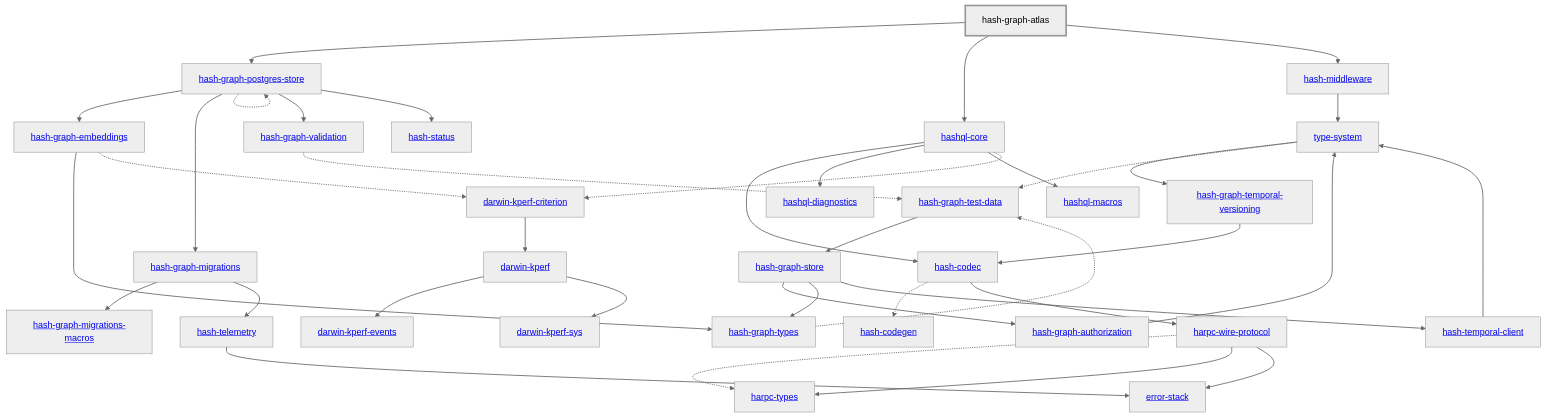
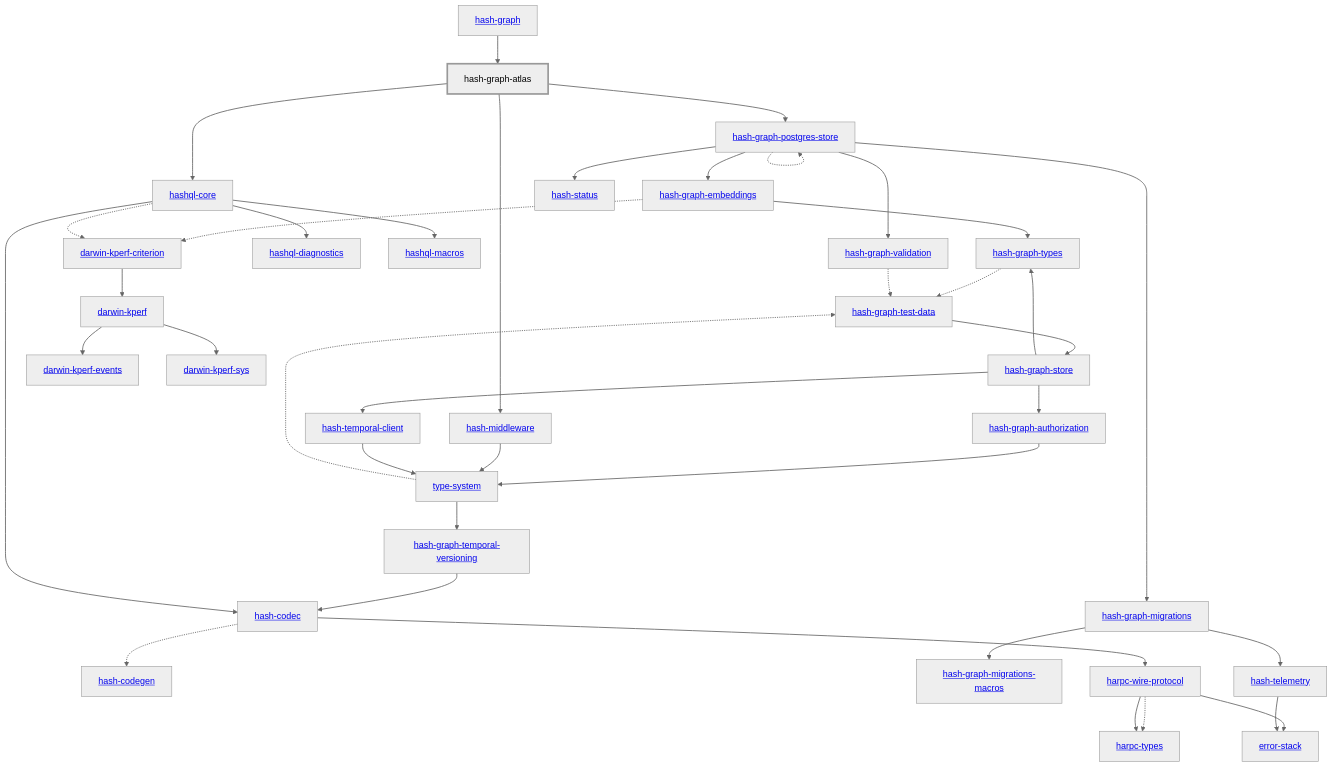
The diagram in libs/@local/graph/atlas/docs/dependency-diagram.mmd (hashintel/hash), drawn with Mermaid (neutral theme) before and after one commit. The commit also changed 40 other files, not shown here.

```diff
--- a/libs/@local/graph/atlas/docs/dependency-diagram.mmd
+++ b/libs/@local/graph/atlas/docs/dependency-diagram.mmd
@@ -1,76 +1,78 @@
 graph TD
     linkStyle default stroke-width:1.5px
     classDef default stroke-width:1px
     classDef root stroke-width:3px
     classDef dev stroke-width:1px
     classDef build stroke-width:1px
     %% Legend
     %% --> : Normal dependency
     %% -.-> : Dev dependency
     %% ---> : Build dependency
-    0[<a href="../type_system/index.html">type-system</a>]
-    1[<a href="../hash_codec/index.html">hash-codec</a>]
-    2[<a href="../hash_codegen/index.html">hash-codegen</a>]
-    3[hash-graph-atlas]
-    class 3 root
-    4[<a href="../hash_graph_authorization/index.html">hash-graph-authorization</a>]
-    5[<a href="../hash_graph_embeddings/index.html">hash-graph-embeddings</a>]
-    6[<a href="../hash_graph_migrations/index.html">hash-graph-migrations</a>]
-    7[<a href="../hash_graph_migrations_macros/index.html">hash-graph-migrations-macros</a>]
-    8[<a href="../hash_graph_postgres_store/index.html">hash-graph-postgres-store</a>]
-    9[<a href="../hash_graph_store/index.html">hash-graph-store</a>]
-    10[<a href="../hash_graph_temporal_versioning/index.html">hash-graph-temporal-versioning</a>]
-    11[<a href="../hash_graph_types/index.html">hash-graph-types</a>]
-    12[<a href="../hash_graph_validation/index.html">hash-graph-validation</a>]
-    13[<a href="../harpc_types/index.html">harpc-types</a>]
-    14[<a href="../harpc_wire_protocol/index.html">harpc-wire-protocol</a>]
-    15[<a href="../hashql_core/index.html">hashql-core</a>]
-    16[<a href="../hashql_diagnostics/index.html">hashql-diagnostics</a>]
-    17[<a href="../hashql_macros/index.html">hashql-macros</a>]
-    18[<a href="../hash_middleware/index.html">hash-middleware</a>]
-    19[<a href="../hash_status/index.html">hash-status</a>]
-    20[<a href="../hash_telemetry/index.html">hash-telemetry</a>]
-    21[<a href="../hash_temporal_client/index.html">hash-temporal-client</a>]
-    22[<a href="../darwin_kperf/index.html">darwin-kperf</a>]
-    23[<a href="../darwin_kperf_criterion/index.html">darwin-kperf-criterion</a>]
-    24[<a href="../darwin_kperf_events/index.html">darwin-kperf-events</a>]
-    25[<a href="../darwin_kperf_sys/index.html">darwin-kperf-sys</a>]
-    26[<a href="../error_stack/index.html">error-stack</a>]
-    27[<a href="../hash_graph_test_data/index.html">hash-graph-test-data</a>]
-    0 --> 10
-    0 -.-> 27
-    1 -.-> 2
-    1 --> 14
-    3 --> 8
-    3 --> 15
-    3 --> 18
-    4 --> 0
-    5 --> 11
-    5 -.-> 23
-    6 --> 7
-    6 --> 20
-    8 --> 5
-    8 --> 6
-    8 -.-> 8
-    8 --> 12
-    8 --> 19
-    9 --> 4
-    9 --> 11
-    9 --> 21
-    10 --> 1
-    11 -.-> 27
-    12 -.-> 27
-    14 -.-> 13
-    14 --> 13
-    14 --> 26
-    15 --> 1
-    15 --> 16
-    15 --> 17
-    15 -.-> 23
-    18 --> 0
-    20 --> 26
-    21 --> 0
-    22 --> 24
-    22 --> 25
-    23 --> 22
-    27 --> 9
+    0[<a href="../hash_graph/index.html">hash-graph</a>]
+    1[<a href="../type_system/index.html">type-system</a>]
+    2[<a href="../hash_codec/index.html">hash-codec</a>]
+    3[<a href="../hash_codegen/index.html">hash-codegen</a>]
+    4[hash-graph-atlas]
+    class 4 root
+    5[<a href="../hash_graph_authorization/index.html">hash-graph-authorization</a>]
+    6[<a href="../hash_graph_embeddings/index.html">hash-graph-embeddings</a>]
+    7[<a href="../hash_graph_migrations/index.html">hash-graph-migrations</a>]
+    8[<a href="../hash_graph_migrations_macros/index.html">hash-graph-migrations-macros</a>]
+    9[<a href="../hash_graph_postgres_store/index.html">hash-graph-postgres-store</a>]
+    10[<a href="../hash_graph_store/index.html">hash-graph-store</a>]
+    11[<a href="../hash_graph_temporal_versioning/index.html">hash-graph-temporal-versioning</a>]
+    12[<a href="../hash_graph_types/index.html">hash-graph-types</a>]
+    13[<a href="../hash_graph_validation/index.html">hash-graph-validation</a>]
+    14[<a href="../harpc_types/index.html">harpc-types</a>]
+    15[<a href="../harpc_wire_protocol/index.html">harpc-wire-protocol</a>]
+    16[<a href="../hashql_core/index.html">hashql-core</a>]
+    17[<a href="../hashql_diagnostics/index.html">hashql-diagnostics</a>]
+    18[<a href="../hashql_macros/index.html">hashql-macros</a>]
+    19[<a href="../hash_middleware/index.html">hash-middleware</a>]
+    20[<a href="../hash_status/index.html">hash-status</a>]
+    21[<a href="../hash_telemetry/index.html">hash-telemetry</a>]
+    22[<a href="../hash_temporal_client/index.html">hash-temporal-client</a>]
+    23[<a href="../darwin_kperf/index.html">darwin-kperf</a>]
+    24[<a href="../darwin_kperf_criterion/index.html">darwin-kperf-criterion</a>]
+    25[<a href="../darwin_kperf_events/index.html">darwin-kperf-events</a>]
+    26[<a href="../darwin_kperf_sys/index.html">darwin-kperf-sys</a>]
+    27[<a href="../error_stack/index.html">error-stack</a>]
+    28[<a href="../hash_graph_test_data/index.html">hash-graph-test-data</a>]
+    0 --> 4
+    1 --> 11
+    1 -.-> 28
+    2 -.-> 3
+    2 --> 15
+    4 --> 9
+    4 --> 16
+    4 --> 19
+    5 --> 1
+    6 --> 12
+    6 -.-> 24
+    7 --> 8
+    7 --> 21
+    9 --> 6
+    9 --> 7
+    9 -.-> 9
+    9 --> 13
+    9 --> 20
+    10 --> 5
+    10 --> 12
+    10 --> 22
+    11 --> 2
+    12 -.-> 28
+    13 -.-> 28
+    15 -.-> 14
+    15 --> 14
+    15 --> 27
+    16 --> 2
+    16 --> 17
+    16 --> 18
+    16 -.-> 24
+    19 --> 1
+    21 --> 27
+    22 --> 1
+    23 --> 25
+    23 --> 26
+    24 --> 23
+    28 --> 10
```
